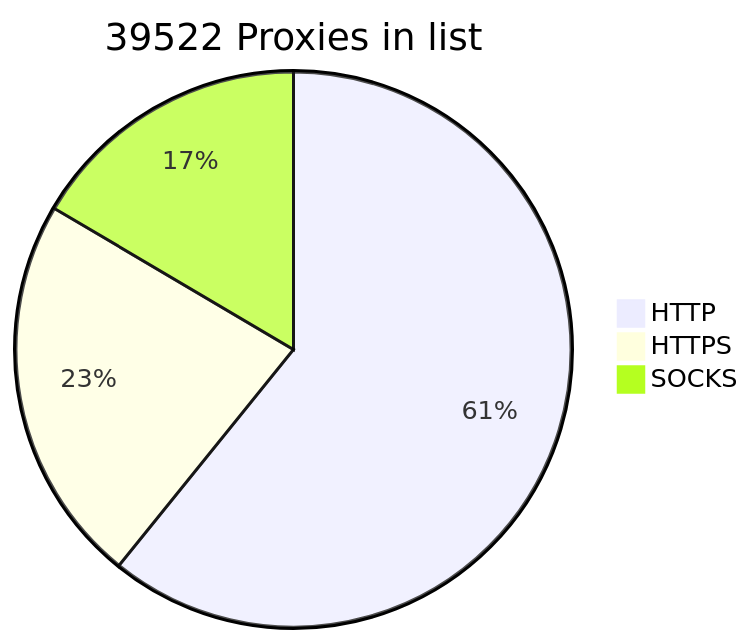
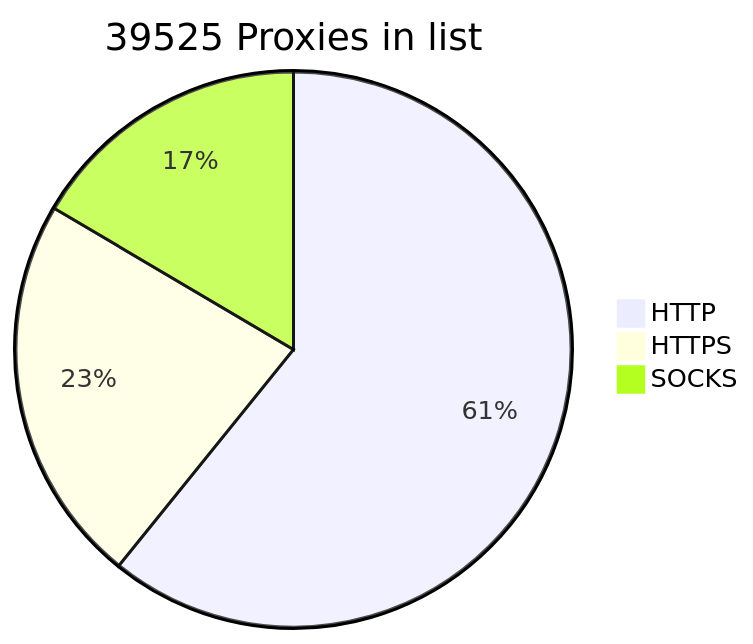
Before and after one commit to BlackSnowDot/proxylist-update-every-minute: the diagram in README.md, drawn with Mermaid.

````diff
--- a/README.md
+++ b/README.md
@@ -2,6 +2,6 @@
 ```mermaid
-pie title 39522 Proxies in list
-    "HTTP" : 28328
-    "HTTPS": 10559
+pie title 39525 Proxies in list
+    "HTTP" : 28331
+    "HTTPS": 10562
     "SOCKS" : 7692
 ```
````
